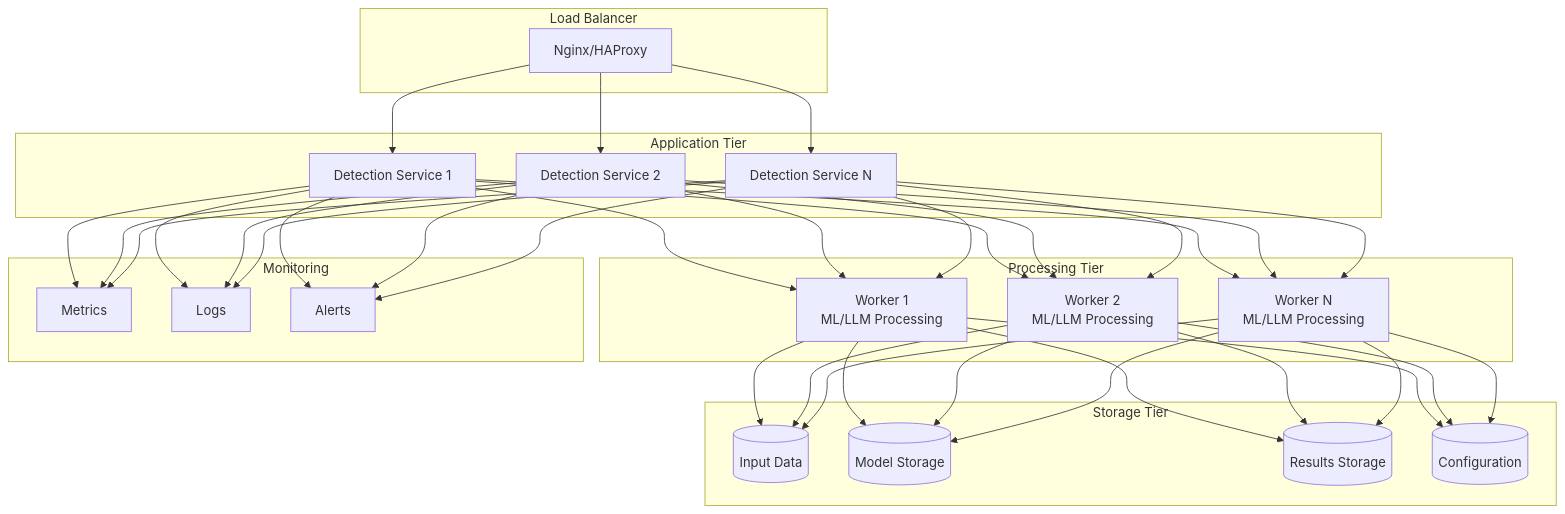
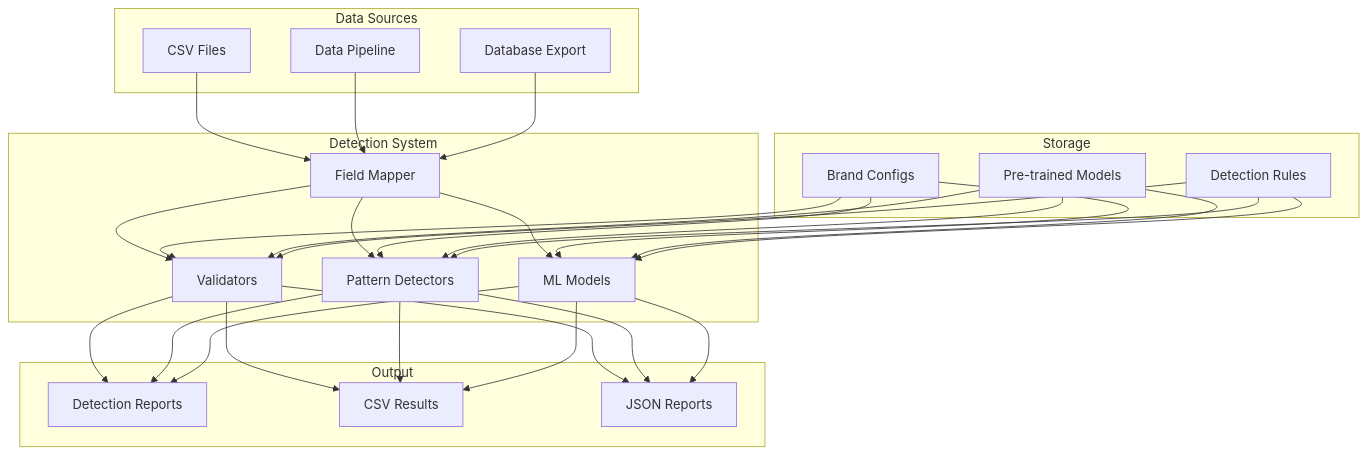
Before and after one commit to xafron-bv/data-quality-monitoring: the diagram in docs/operations/deployment.md, drawn with Mermaid. The commit also changed other lines of this file and 10 other files, not shown here.

````diff
--- a/docs/operations/deployment.md
+++ b/docs/operations/deployment.md
@@ -7,36 +9,32 @@
 ```mermaid
 graph TB
-    subgraph "Load Balancer"
-        LB[Nginx/HAProxy]
+    subgraph "Data Sources"
+        S1[CSV Files]
+        S2[Data Pipeline]
+        S3[Database Export]
     end
     
-    subgraph "Application Tier"
-        A1[Detection Service 1]
-        A2[Detection Service 2]
-        A3[Detection Service N]
+    subgraph "Detection System"
+        D1[Field Mapper]
+        D2[Validators]
+        D3[Pattern Detectors]
+        D4[ML Models]
     end
     
-    subgraph "Processing Tier"
-        W1[Worker 1<br/>ML/LLM Processing]
-        W2[Worker 2<br/>ML/LLM Processing]
-        W3[Worker N<br/>ML/LLM Processing]
+    subgraph "Output"
+        O1[Detection Reports]
+        O2[CSV Results]
+        O3[JSON Reports]
     end
     
-    subgraph "Storage Tier"
-        D1[(Input Data)]
-        D2[(Model Storage)]
-        D3[(Results Storage)]
-        D4[(Configuration)]
+    subgraph "Storage"
+        ST1[Brand Configs]
+        ST2[Pre-trained Models]
+        ST3[Detection Rules]
     end
     
-    subgraph "Monitoring"
-        M1[Metrics]
-        M2[Logs]
-        M3[Alerts]
-    end
-    
-    LB --> A1 & A2 & A3
-    A1 & A2 & A3 --> W1 & W2 & W3
-    W1 & W2 & W3 --> D1 & D2 & D3 & D4
-    A1 & A2 & A3 --> M1 & M2 & M3
+    S1 & S2 & S3 --> D1
+    D1 --> D2 & D3 & D4
+    ST1 & ST2 & ST3 --> D2 & D3 & D4
+    D2 & D3 & D4 --> O1 & O2 & O3
 ```
````
